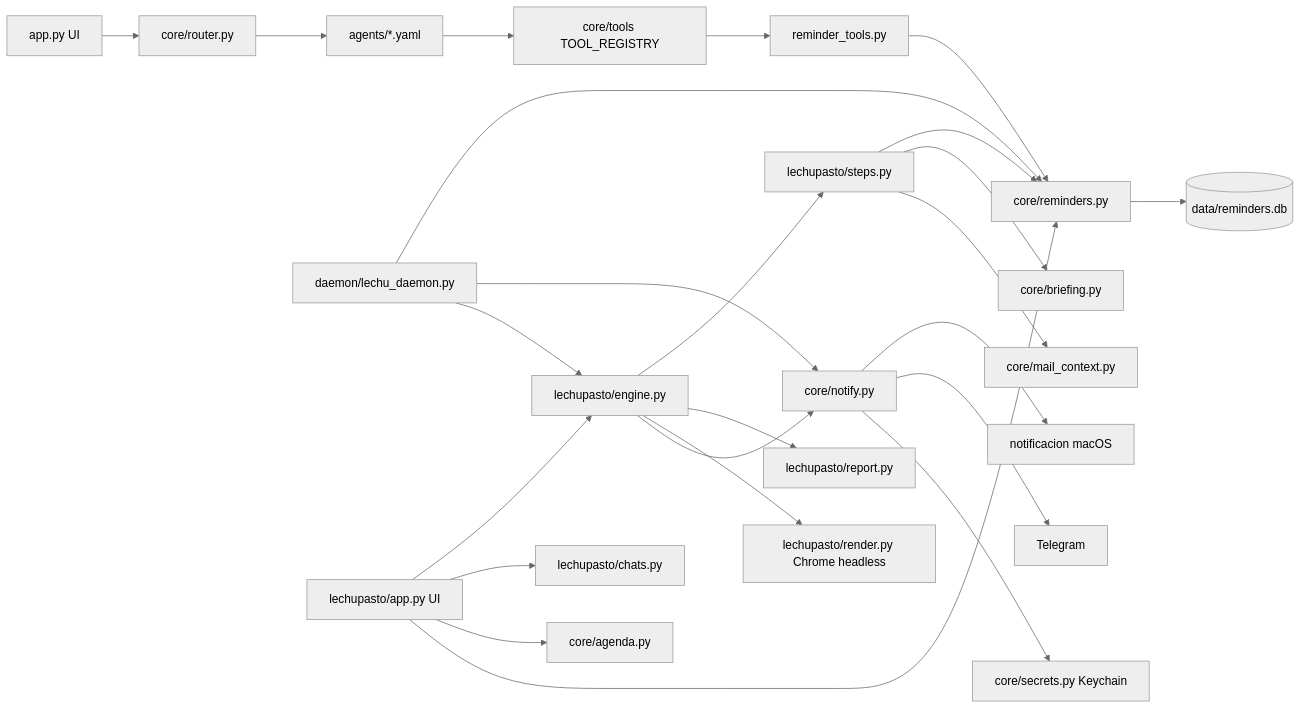
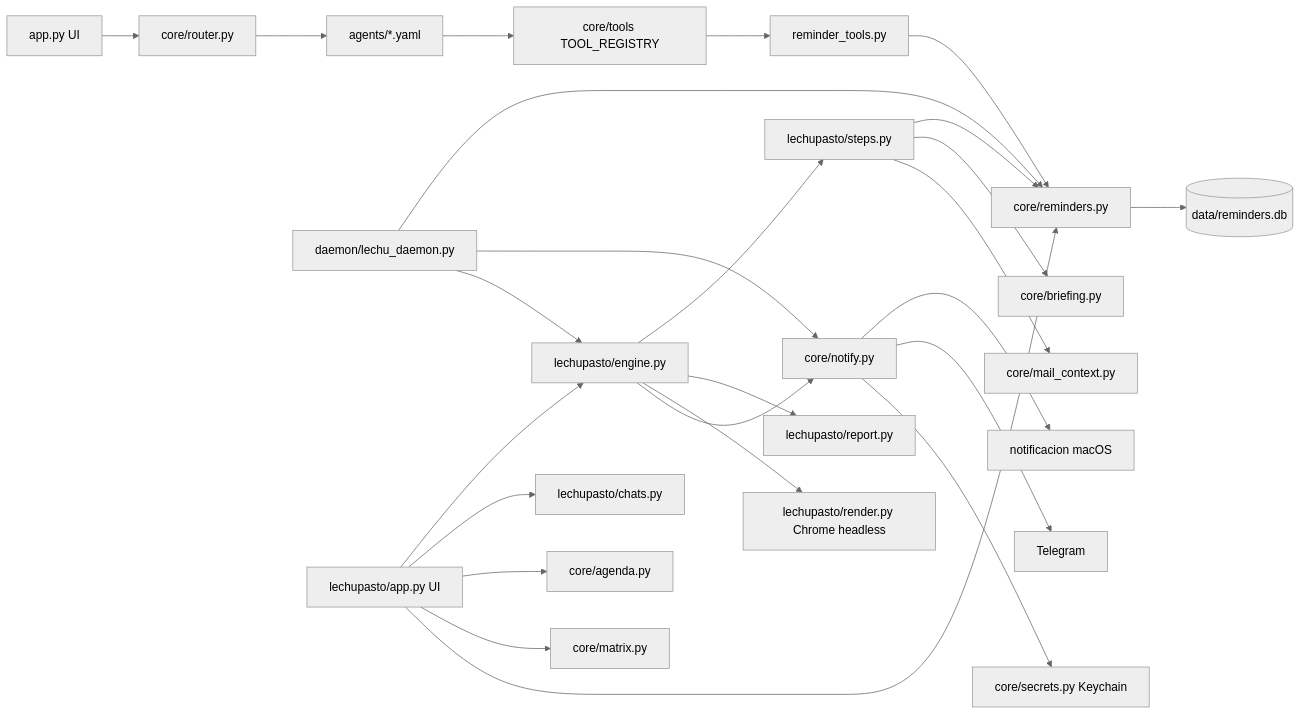
The diagram in codemap/ARCHITECTURE.md (Lechuza22/LechuChabotLocal), drawn with Mermaid (neutral theme) before and after one commit. The commit also changed other lines of this file and 4 other files, not shown here.

First line of the commit message:
LechuPasto: priority matrix tab (Urgente / No urgente / Postergar / Retrasado) with drag and drop

````diff
--- a/codemap/ARCHITECTURE.md
+++ b/codemap/ARCHITECTURE.md
@@ -5,26 +5,27 @@
 ```mermaid
 graph LR
     app[app.py UI] --> router[core/router.py]
     router --> agents[agents/*.yaml]
     agents --> registry[core/tools TOOL_REGISTRY]
     registry --> reminder_tools[reminder_tools.py]
     reminder_tools --> reminders[core/reminders.py]
     reminders --> db[(data/reminders.db)]
     daemon[daemon/lechu_daemon.py] --> reminders
     daemon --> notify[core/notify.py]
     notify --> macos[notificacion macOS]
     notify --> telegram[Telegram]
     notify --> secrets[core/secrets.py Keychain]
     daemon --> engine[lechupasto/engine.py]
     pasto[lechupasto/app.py UI] --> engine
     pasto --> chats[lechupasto/chats.py]
     pasto --> agenda[core/agenda.py]
+    pasto --> matrix[core/matrix.py]
     pasto --> reminders
     steps --> reminders
     engine --> steps[lechupasto/steps.py]
     steps --> briefing[core/briefing.py]
     steps --> mailctx[core/mail_context.py]
     engine --> report[lechupasto/report.py]
     engine --> render[lechupasto/render.py Chrome headless]
     engine --> notify
 ```
````
